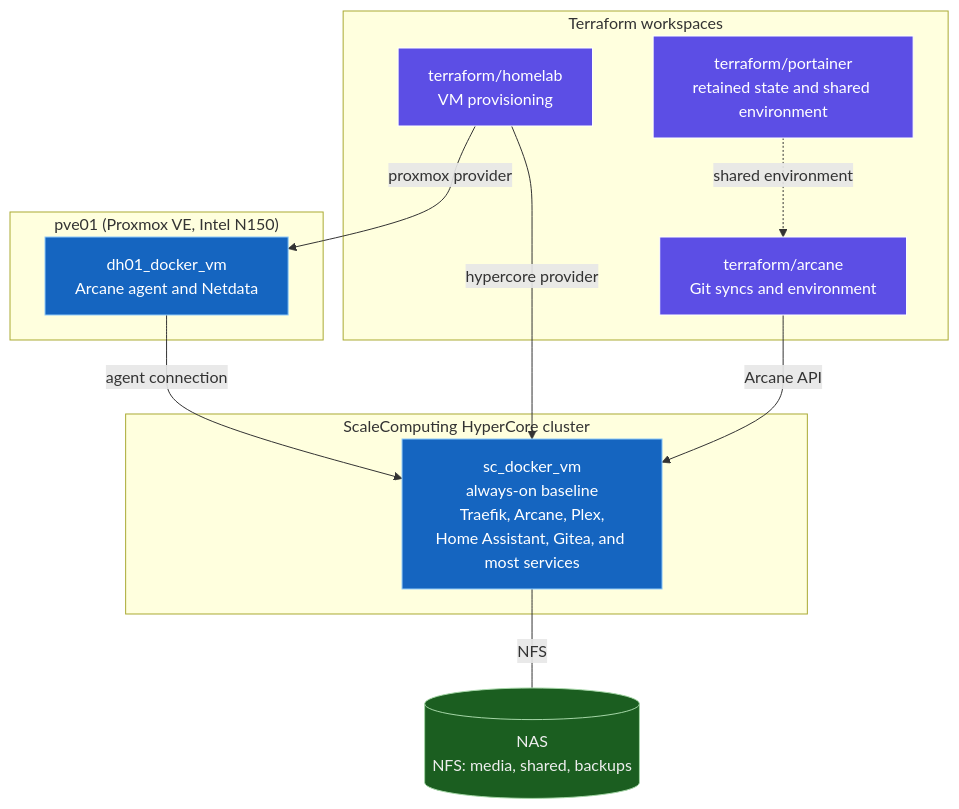
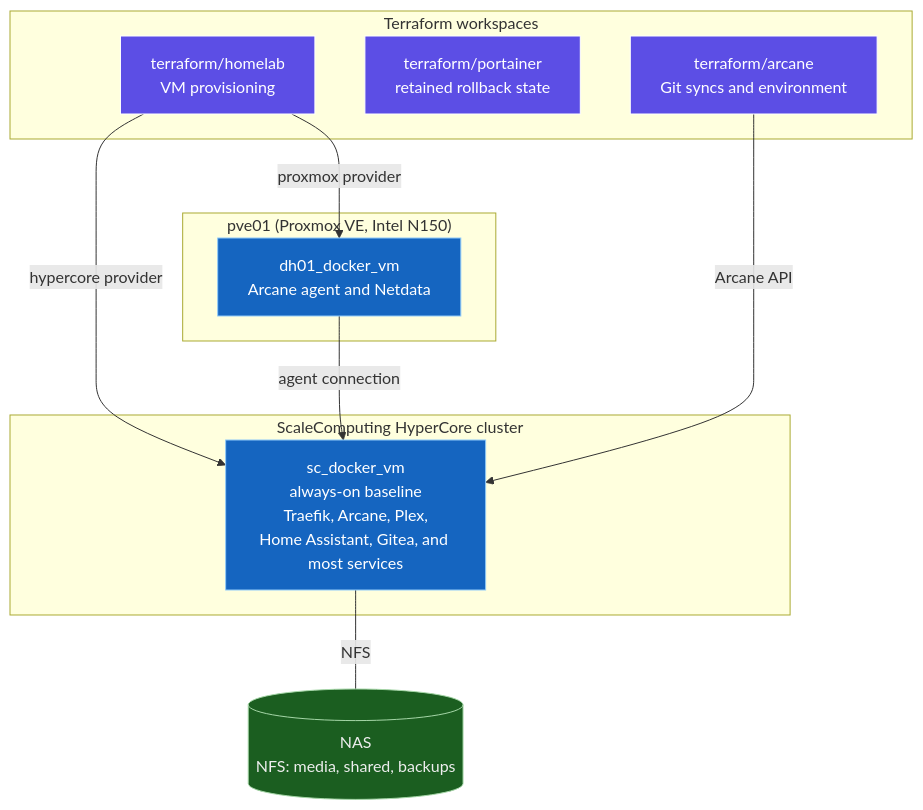
The first of 4 diagrams in docs/architecture.md (locus313/homelab-gitops), drawn with Mermaid before and after one commit. The commit also changed other lines of this file and 8 other files, not shown here.

````diff
--- a/docs/architecture.md
+++ b/docs/architecture.md
@@ -11,30 +11,29 @@
 ```mermaid
 graph TB
     classDef tf fill:#5c4ee5,stroke:#fff,color:#fff
     classDef vm fill:#1565c0,stroke:#90caf9,color:#fff
     classDef hw fill:#4e342e,stroke:#ffcc02,color:#fff
     classDef ext fill:#1b5e20,stroke:#a5d6a7,color:#eee
 
     subgraph IAC["Terraform workspaces"]
         TFH["terraform/homelab<br/>VM provisioning"]:::tf
-        TFP["terraform/portainer<br/>retained state and shared environment"]:::tf
+        TFP["terraform/portainer<br/>retained rollback state"]:::tf
         TFA["terraform/arcane<br/>Git syncs and environment"]:::tf
     end
 
     subgraph SC["ScaleComputing HyperCore cluster"]
         SCVM["sc_docker_vm<br/>always-on baseline<br/>Traefik, Arcane, Plex,<br/>Home Assistant, Gitea, and most services"]:::vm
     end
 
     subgraph PVE["pve01 (Proxmox VE, Intel N150)"]
         DHVM["dh01_docker_vm<br/>Arcane agent and Netdata"]:::vm
     end
 
     NAS[("NAS<br/>NFS: media, shared, backups")]:::ext
 
     TFH -->|hypercore provider| SCVM
     TFH -->|proxmox provider| DHVM
-    TFP -.->|shared environment| TFA
     TFA -->|Arcane API| SCVM
     DHVM -->|agent connection| SCVM
     SCVM ---|NFS| NAS
 ```
````
